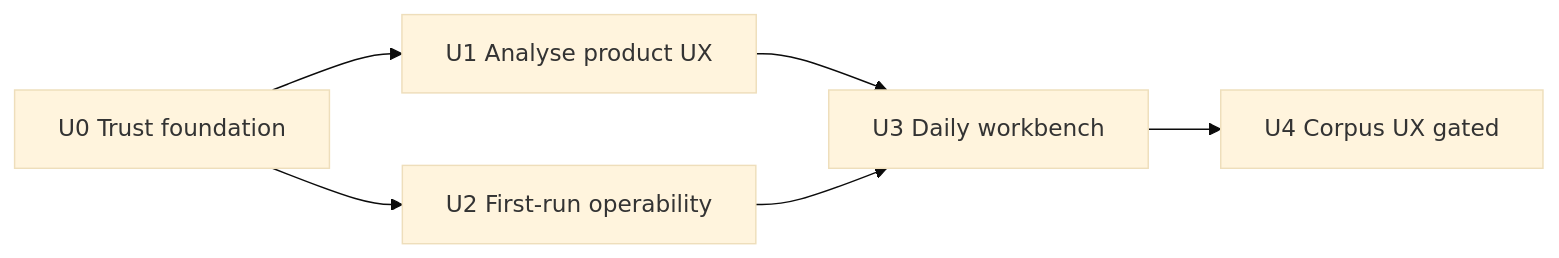
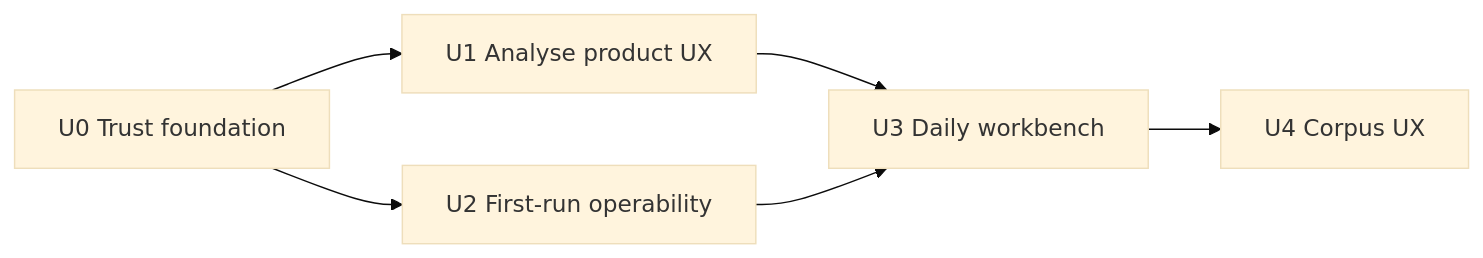
One commit to glen-w/transcribe changed the diagram in docs/usability_wave_plan.md. Above: the diagram before and after it, drawn with Mermaid (base theme). The commit also changed other lines of this file and 17 other files, not shown here.

````diff
--- a/docs/usability_wave_plan.md
+++ b/docs/usability_wave_plan.md
@@ -63,13 +63,13 @@
 ```mermaid
 flowchart LR
   U0[U0 Trust foundation]
   U1[U1 Analyse product UX]
   U2[U2 First-run operability]
   U3[U3 Daily workbench]
-  U4[U4 Corpus UX gated]
+  U4[U4 Corpus UX]
   U0 --> U1
   U0 --> U2
   U1 --> U3
   U2 --> U3
   U3 --> U4
 ```
````
